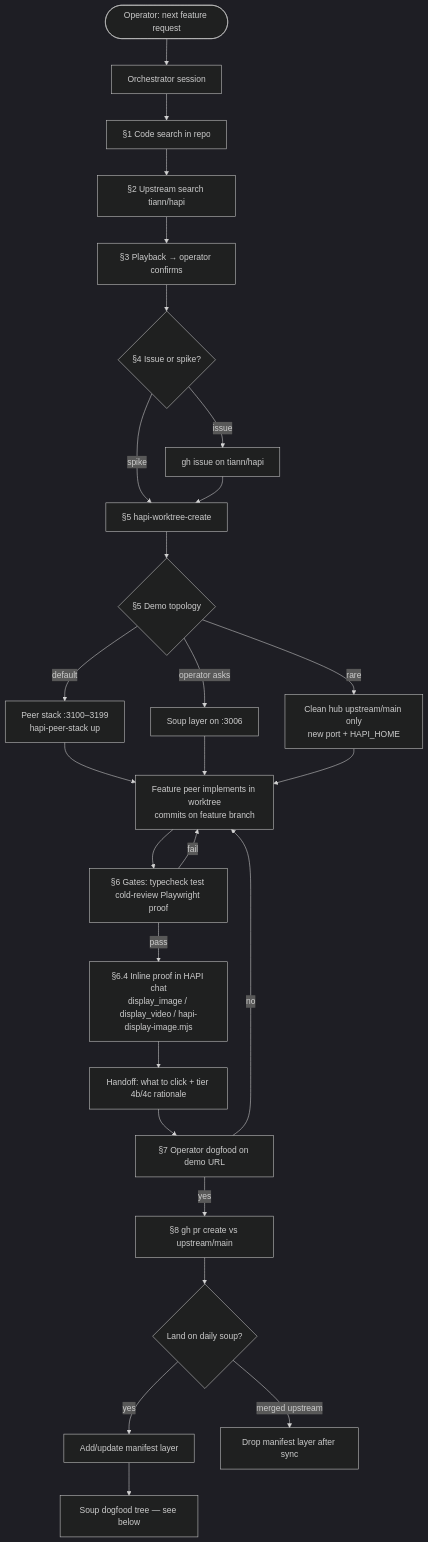
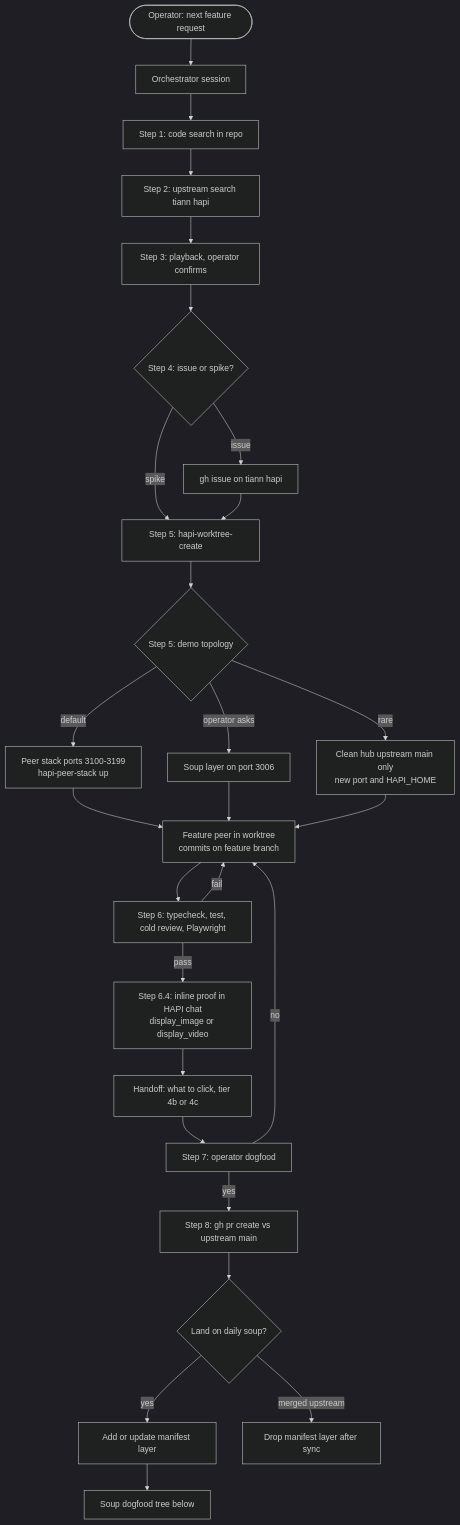
The first of 2 diagrams in docs/tooling/feature-work-lifecycle.md (heavygee/hapi), drawn with Mermaid (dark theme) before and after one commit. The commit also changed other lines of this file, not shown here.

Commit message:
fix(docs): mermaid syntax for GitHub renderer
Quote node labels; remove t() parens and slash/colon tokens that break
GitHub's mermaid parser in the soup dogfood flowchart.

````diff
--- a/docs/tooling/feature-work-lifecycle.md
+++ b/docs/tooling/feature-work-lifecycle.md
@@ -26,29 +26,29 @@
 ```mermaid
 flowchart TD
-    OP([Operator: next feature request]) --> ORCH[Orchestrator session]
-    ORCH --> S01[§1 Code search in repo]
-    S01 --> S02[§2 Upstream search tiann/hapi]
-    S02 --> S03[§3 Playback → operator confirms]
-    S03 --> S04{§4 Issue or spike?}
-    S04 -->|issue| ISSUE[gh issue on tiann/hapi]
-    S04 -->|spike| WT[§5 hapi-worktree-create]
+    OP(["Operator: next feature request"]) --> ORCH["Orchestrator session"]
+    ORCH --> S01["Step 1: code search in repo"]
+    S01 --> S02["Step 2: upstream search tiann hapi"]
+    S02 --> S03["Step 3: playback, operator confirms"]
+    S03 --> S04{"Step 4: issue or spike?"}
+    S04 -->|issue| ISSUE["gh issue on tiann hapi"]
+    S04 -->|spike| WT["Step 5: hapi-worktree-create"]
     ISSUE --> WT
-    WT --> TOPO{§5 Demo topology}
-    TOPO -->|default| PEER[Peer stack :3100–3199<br/>hapi-peer-stack up]
-    TOPO -->|operator asks| SOUP[Soup layer on :3006]
-    TOPO -->|rare| CLEAN[Clean hub upstream/main only<br/>new port + HAPI_HOME]
-    PEER --> IMPL[Feature peer implements in worktree<br/>commits on feature branch]
+    WT --> TOPO{"Step 5: demo topology"}
+    TOPO -->|default| PEER["Peer stack ports 3100-3199<br/>hapi-peer-stack up"]
+    TOPO -->|operator asks| SOUP["Soup layer on port 3006"]
+    TOPO -->|rare| CLEAN["Clean hub upstream main only<br/>new port and HAPI_HOME"]
+    PEER --> IMPL["Feature peer in worktree<br/>commits on feature branch"]
     SOUP --> IMPL
     CLEAN --> IMPL
-    IMPL --> GATES[§6 Gates: typecheck test cold-review Playwright proof]
+    IMPL --> GATES["Step 6: typecheck, test, cold review, Playwright"]
     GATES -->|fail| IMPL
-    GATES -->|pass| INLINE[§6.4 Inline proof in HAPI chat<br/>display_image / display_video / hapi-display-image.mjs]
-    INLINE --> HAND[Handoff: what to click + tier 4b/4c rationale]
-    HAND --> DOG[§7 Operator dogfood on demo URL]
+    GATES -->|pass| INLINE["Step 6.4: inline proof in HAPI chat<br/>display_image or display_video"]
+    INLINE --> HAND["Handoff: what to click, tier 4b or 4c"]
+    HAND --> DOG["Step 7: operator dogfood"]
     DOG -->|no| IMPL
-    DOG -->|yes| PR[§8 gh pr create vs upstream/main]
-    PR --> SOUP2{Land on daily soup?}
-    SOUP2 -->|yes| MANIFEST[Add/update manifest layer]
-    MANIFEST --> SOUPTREE[Soup dogfood tree — see below]
-    SOUP2 -->|merged upstream| DROP[Drop manifest layer after sync]
+    DOG -->|yes| PR["Step 8: gh pr create vs upstream main"]
+    PR --> SOUP2{"Land on daily soup?"}
+    SOUP2 -->|yes| MANIFEST["Add or update manifest layer"]
+    MANIFEST --> SOUPTREE["Soup dogfood tree below"]
+    SOUP2 -->|merged upstream| DROP["Drop manifest layer after sync"]
 ```
````
